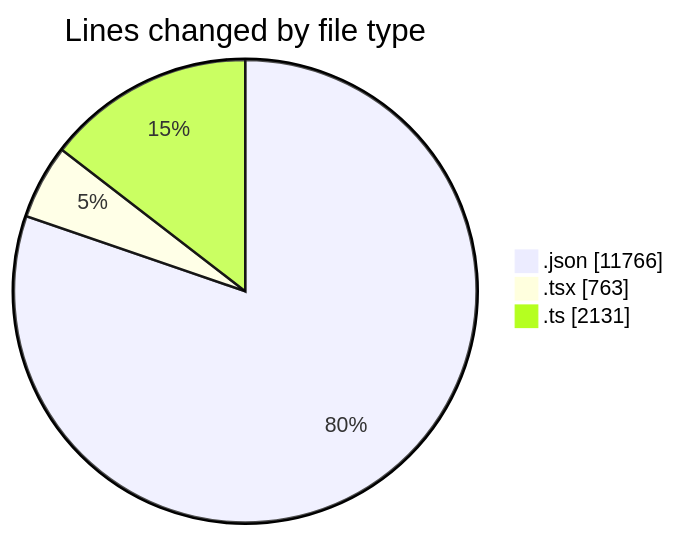
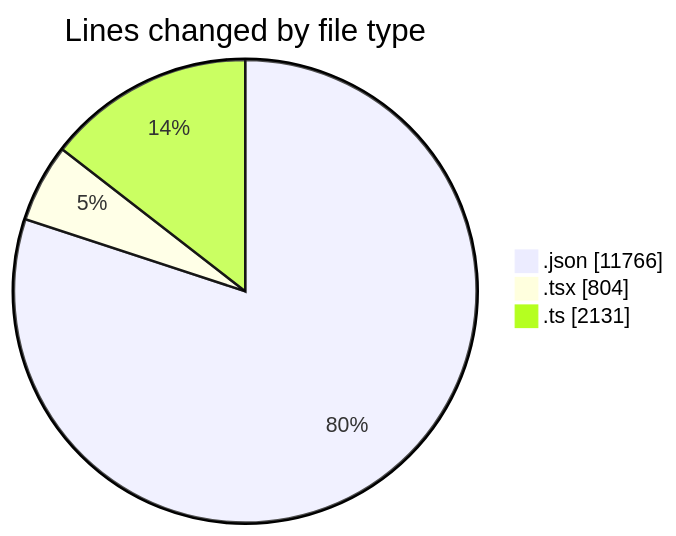
One commit to nxtqubesakshisongat/code-tracking changed the first of 2 diagrams in 2026-04-16/airfeed-analytics-dashboard/README.md. Above: the diagram before and after it, drawn with Mermaid. The commit also changed other lines of this file and 1 other file, not shown here.

````diff
--- a/2026-04-16/airfeed-analytics-dashboard/README.md
+++ b/2026-04-16/airfeed-analytics-dashboard/README.md
@@ -31,7 +31,7 @@
 ```mermaid
 pie showData
 title Lines changed by file type
 ".json" : 11766
-".tsx" : 763
+".tsx" : 804
 ".ts" : 2131
 ```
````
